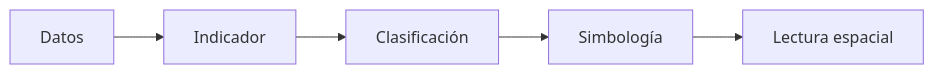
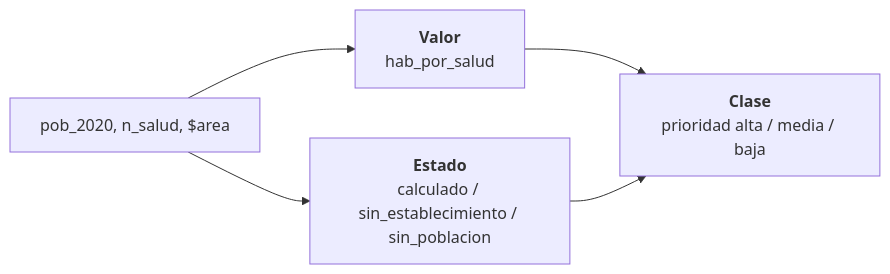
One commit to CHpass369/106_curso_qgis_introductorio changed the diagram in docs/modulo-03/04-construir-indicadores-expresiones.md. Above: the diagram before and after it, drawn with Mermaid. The commit also changed other lines of this file and 8 other files, not shown here.

````diff
--- a/docs/modulo-03/04-construir-indicadores-expresiones.md
+++ b/docs/modulo-03/04-construir-indicadores-expresiones.md
@@ -2102,7 +51,7 @@
 ```mermaid
 flowchart LR
-    A["Datos"] --> B["Indicador"]
-    B --> C["Clasificación"]
-    C --> D["Simbología"]
-    D --> E["Lectura espacial"]
+    A["pob_2020, n_salud, $area"] --> B["<b>Valor</b><br/>hab_por_salud"]
+    A --> C["<b>Estado</b><br/>calculado / sin_establecimiento / sin_poblacion"]
+    B --> D["<b>Clase</b><br/>prioridad alta / media / baja"]
+    C --> D
 ```
````
